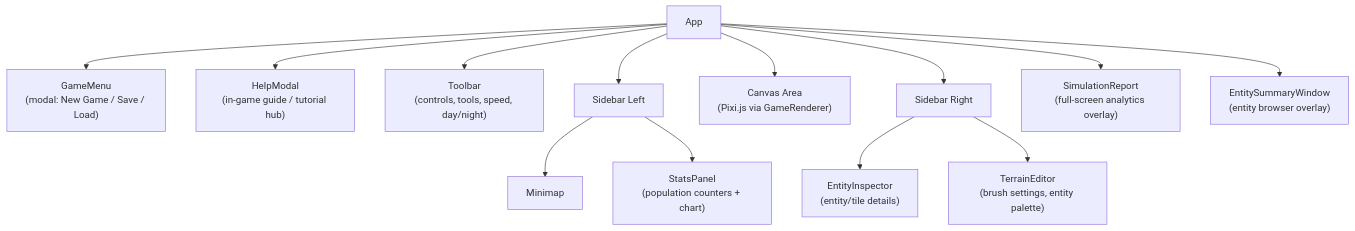
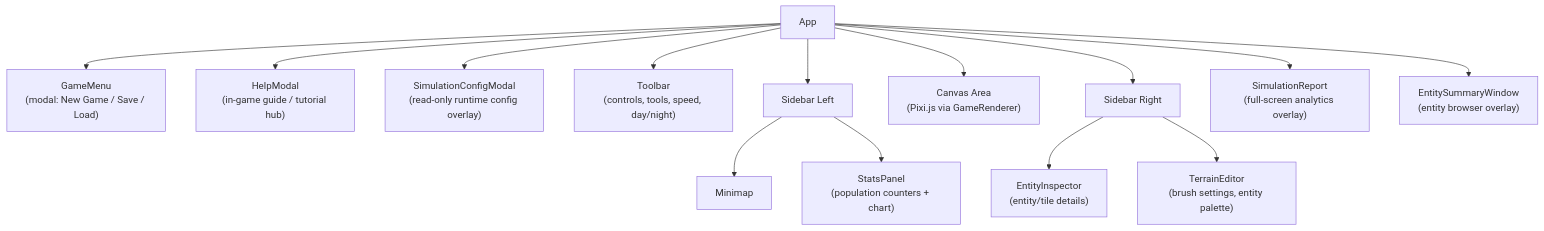
One commit to andrenepomuceno/BiomeSimulator changed the sixth of 6 diagrams in docs/architecture.md. Above: the diagram before and after it, drawn with Mermaid. The commit also changed other lines of this file and 8 other files, not shown here.

Commit message:
add read-only runtime simulation config

````diff
--- a/docs/architecture.md
+++ b/docs/architecture.md
@@ -313,16 +313,17 @@
 ```mermaid
 graph TD
     App["App"]
     App --> GameMenu["GameMenu\n(modal: New Game / Save / Load)"]
   App --> HelpModal["HelpModal\n(in-game guide / tutorial hub)"]
+    App --> SimConfig["SimulationConfigModal\n(read-only runtime config overlay)"]
     App --> Toolbar["Toolbar\n(controls, tools, speed, day/night)"]
     App --> SL["Sidebar Left"]
     SL --> Minimap
     SL --> StatsPanel["StatsPanel\n(population counters + chart)"]
     App --> Canvas["Canvas Area\n(Pixi.js via GameRenderer)"]
     App --> SR["Sidebar Right"]
     SR --> EntityInspector["EntityInspector\n(entity/tile details)"]
     SR --> TerrainEditor["TerrainEditor\n(brush settings, entity palette)"]
     App --> SimReport["SimulationReport\n(full-screen analytics overlay)"]
     App --> EntitySummary["EntitySummaryWindow\n(entity browser overlay)"]
 ```
````
